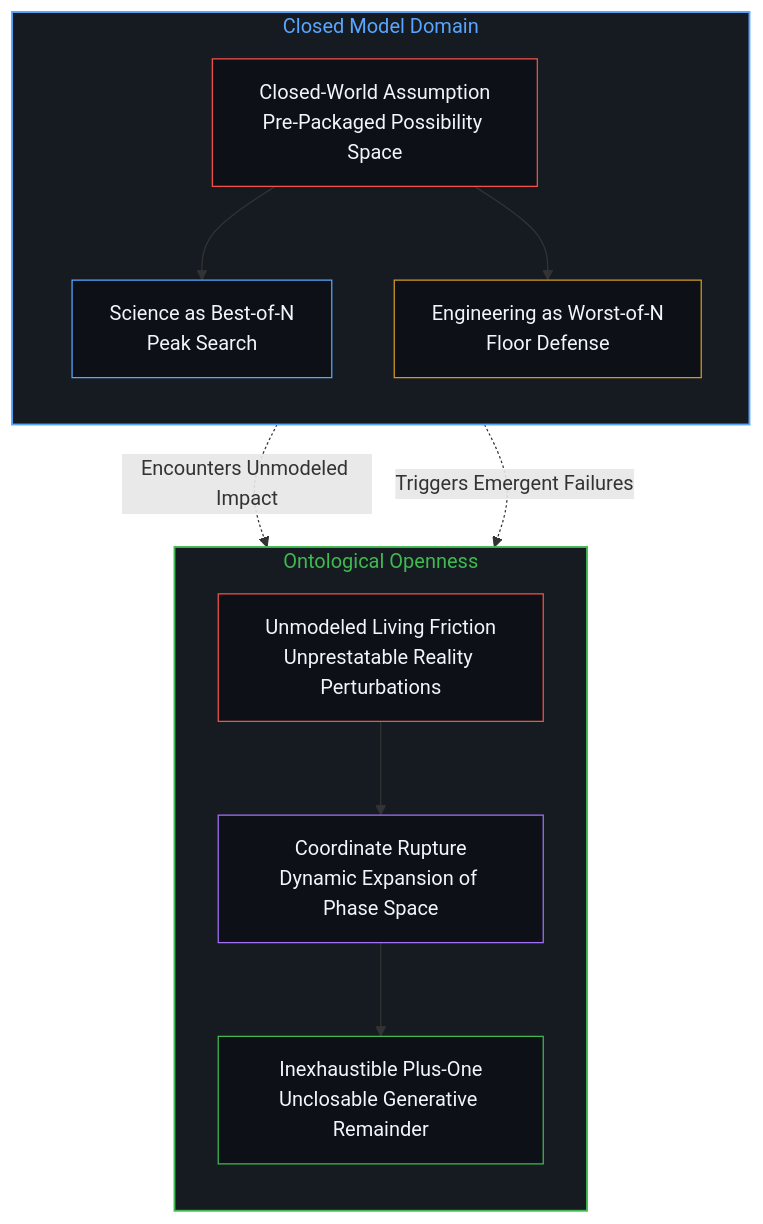
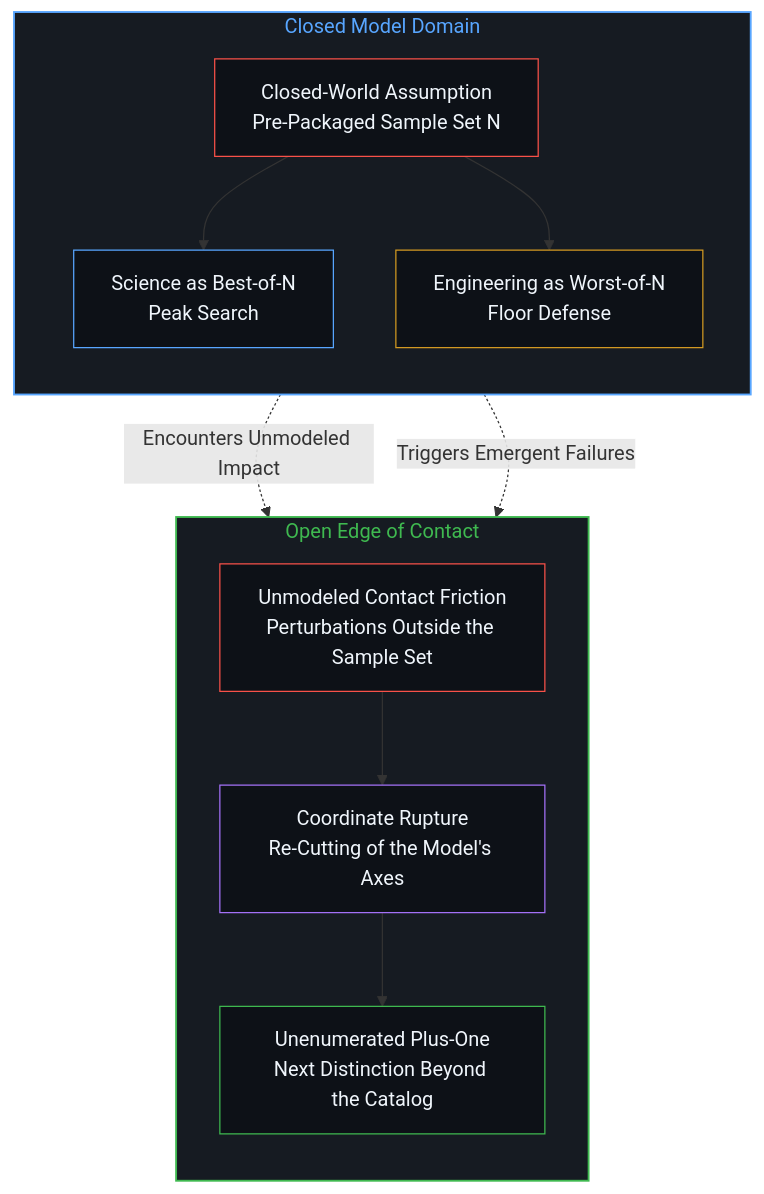
Before and after one commit to powerpig99/not-a-toe: the second of 4 diagrams in content/posts/the-closed-n-and-the-open-reality.md, drawn with Mermaid. The commit also changed other lines of this file and 13 other files, not shown here.

````diff
--- a/content/posts/the-closed-n-and-the-open-reality.md
+++ b/content/posts/the-closed-n-and-the-open-reality.md
@@ -49,29 +49,29 @@
 ```mermaid
 flowchart TD
     subgraph S_CLOSED[" Closed Model Domain "]
         direction TB
         SCI["Science as Best-of-N<br/>Peak Search"]
         ENG["Engineering as Worst-of-N<br/>Floor Defense"]
-        ASSUMP["Closed-World Assumption<br/>Pre-Packaged Possibility Space"]
+        ASSUMP["Closed-World Assumption<br/>Pre-Packaged Sample Set N"]
     end
-    subgraph S_REALITY[" Ontological Openness "]
+    subgraph S_REALITY[" Open Edge of Contact "]
         direction TB
-        FRICTION["Unmodeled Living Friction<br/>Unprestatable Reality Perturbations"]
-        RUPTURE["Coordinate Rupture<br/>Dynamic Expansion of Phase Space"]
-        INFINITY["Inexhaustible Plus-One<br/>Unclosable Generative Remainder"]
+        FRICTION["Unmodeled Contact Friction<br/>Perturbations Outside the Sample Set"]
+        RUPTURE["Coordinate Rupture<br/>Re-Cutting of the Model's Axes"]
+        INFINITY["Unenumerated Plus-One<br/>Next Distinction Beyond the Catalog"]
     end
     ASSUMP --> SCI
     ASSUMP --> ENG
     SCI -.->|Encounters Unmodeled Impact| FRICTION
     ENG -.->|Triggers Emergent Failures| FRICTION
     FRICTION --> RUPTURE
     RUPTURE --> INFINITY
     style S_CLOSED fill:#161b22,stroke:#58a6ff,stroke-width:1.5px,color:#58a6ff
     style S_REALITY fill:#161b22,stroke:#3fb950,stroke-width:1.5px,color:#3fb950
     style SCI fill:#0d1117,stroke:#58a6ff,stroke-width:1px,color:#f0f6fc
     style ENG fill:#0d1117,stroke:#d29922,stroke-width:1px,color:#f0f6fc
     style ASSUMP fill:#0d1117,stroke:#f85149,stroke-width:1px,color:#f0f6fc
     style FRICTION fill:#0d1117,stroke:#f85149,stroke-width:1px,color:#f0f6fc
     style RUPTURE fill:#0d1117,stroke:#a371f7,stroke-width:1px,color:#f0f6fc
     style INFINITY fill:#0d1117,stroke:#3fb950,stroke-width:1px,color:#f0f6fc
 ```
````
